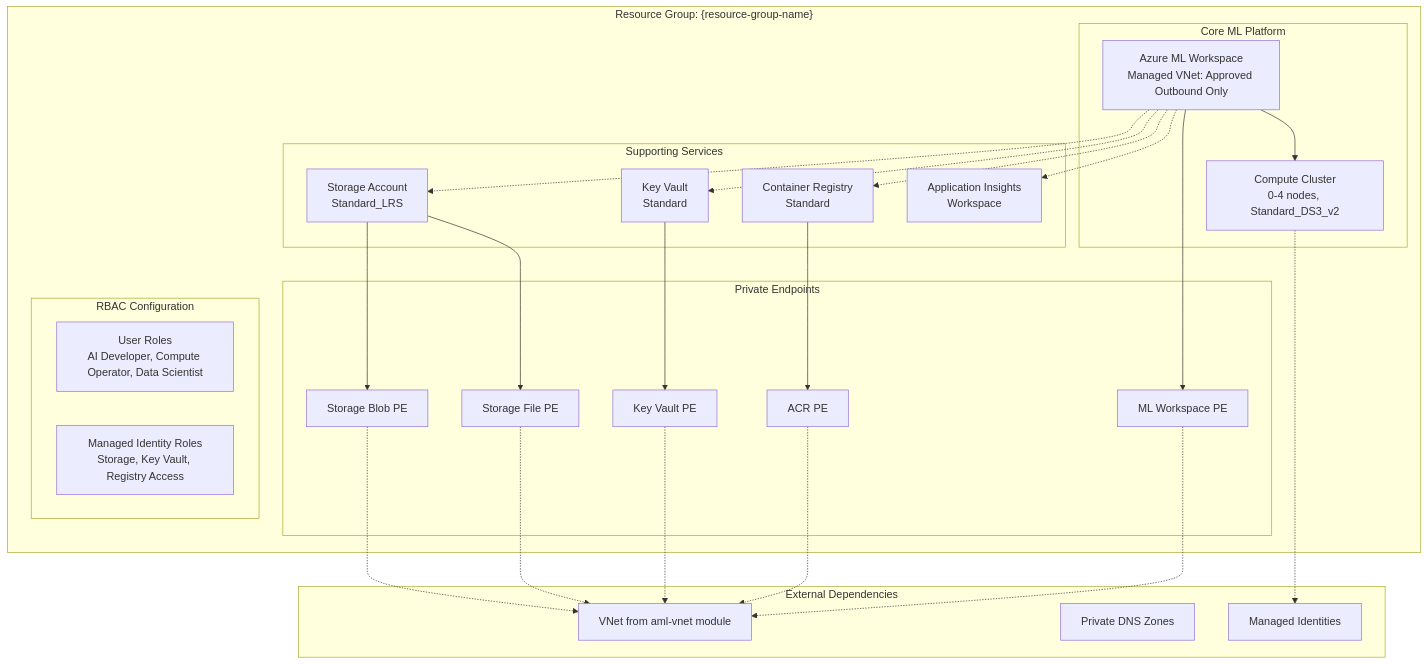
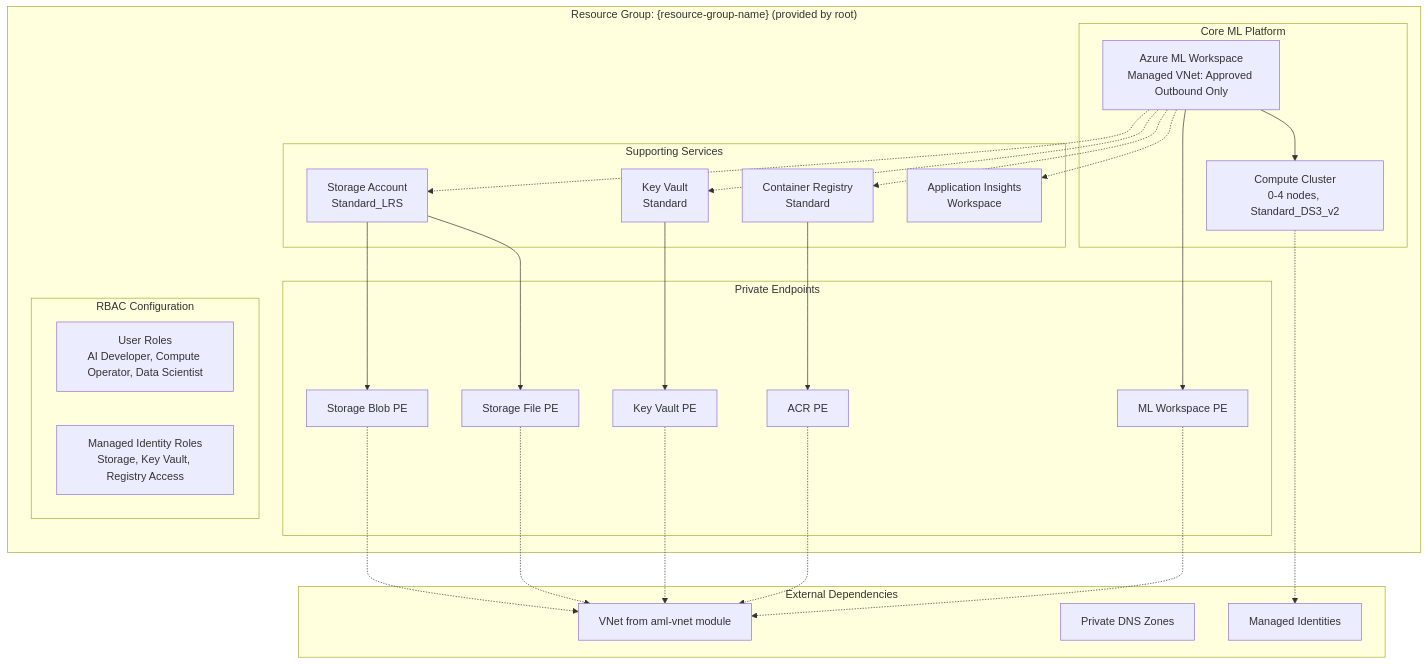
One commit to jomedinagomez/MLOPs-AzureML changed the diagram in infra/modules/aml-managed-umi/README.md. Above: the diagram before and after it, drawn with Mermaid. The commit also changed other lines of this file and 20 other files, not shown here.

````diff
--- a/infra/modules/aml-managed-umi/README.md
+++ b/infra/modules/aml-managed-umi/README.md
@@ -20,55 +20,55 @@
 ```mermaid
 graph TB
-    subgraph "Resource Group: {resource-group-name}"
+  subgraph "Resource Group: {resource-group-name} (provided by root)"
         subgraph "Core ML Platform"
             MLW[Azure ML Workspace<br/>Managed VNet: Approved Outbound Only]
             CC[Compute Cluster<br/>0-4 nodes, Standard_DS3_v2]
         end
         
         subgraph "Supporting Services"
             SA[Storage Account<br/>Standard_LRS]
             KV[Key Vault<br/>Standard]
             ACR[Container Registry<br/>Standard]
             AI[Application Insights<br/>Workspace]
         end
         
         subgraph "Private Endpoints"
             PE1[Storage Blob PE]
             PE2[Storage File PE]
             PE3[Key Vault PE]
             PE4[ACR PE]
             PE5[ML Workspace PE]
         end
         
         subgraph "RBAC Configuration"
             UR[User Roles<br/>AI Developer, Compute Operator, Data Scientist]
             MIR[Managed Identity Roles<br/>Storage, Key Vault, Registry Access]
         end
         
         MLW --> CC
         MLW -.-> SA
         MLW -.-> KV
         MLW -.-> ACR
         MLW -.-> AI
         
         SA --> PE1
         SA --> PE2
         KV --> PE3
         ACR --> PE4
         MLW --> PE5
     end
     
     subgraph "External Dependencies"
         VNet[VNet from aml-vnet module]
         DNS[Private DNS Zones]
         MI[Managed Identities]
     end
     
     PE1 -.-> VNet
     PE2 -.-> VNet
     PE3 -.-> VNet
     PE4 -.-> VNet
     PE5 -.-> VNet
     
     CC -.-> MI
 ```
````
